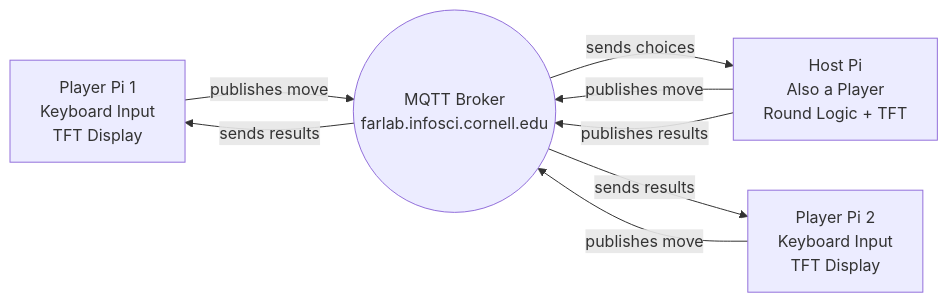
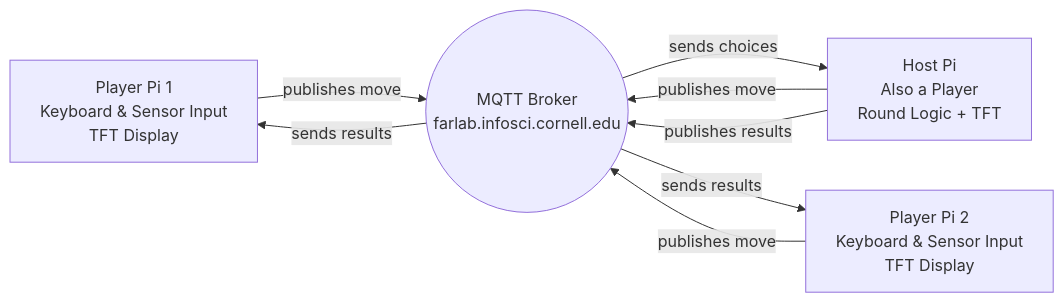
One commit to yyyyannisz/Interactive-Lab-Hub changed the diagram in Lab 6/README.md. Above: the diagram before and after it, drawn with Mermaid.

````diff
--- a/Lab 6/README.md
+++ b/Lab 6/README.md
@@ -69,17 +69,17 @@
 ```mermaid
 flowchart LR
-    P1[Player Pi 1<br>Keyboard Input<br>TFT Display] 
-    P2[Player Pi 2<br>Keyboard Input<br>TFT Display]
+    P1[Player Pi 1<br>Keyboard & Sensor Input<br>TFT Display] 
+    P2[Player Pi 2<br>Keyboard & Sensor Input<br>TFT Display]
     H[Host Pi<br>Also a Player<br>Round Logic + TFT]
 
     B((MQTT Broker<br>farlab.infosci.cornell.edu))
 
     P1 -- publishes move --> B
     P2 -- publishes move --> B
     H -- publishes move --> B
 
     B -- sends choices --> H
     H -- publishes results --> B
     B -- sends results --> P1
     B -- sends results --> P2
 ```
````
